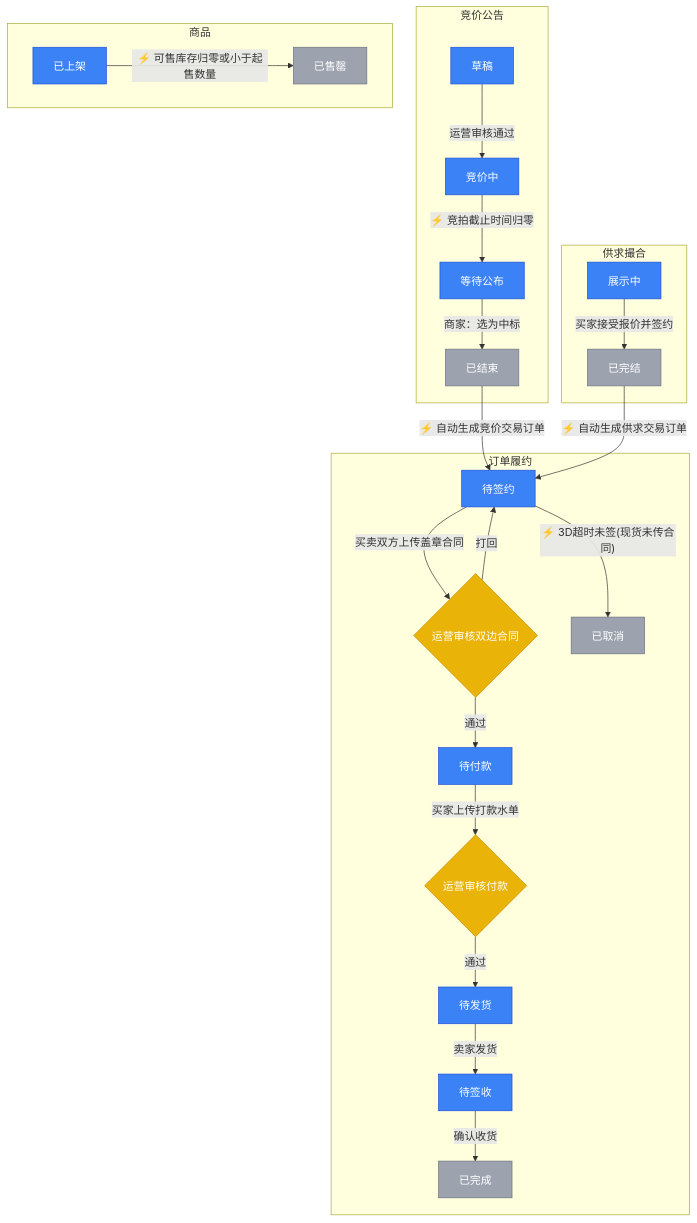
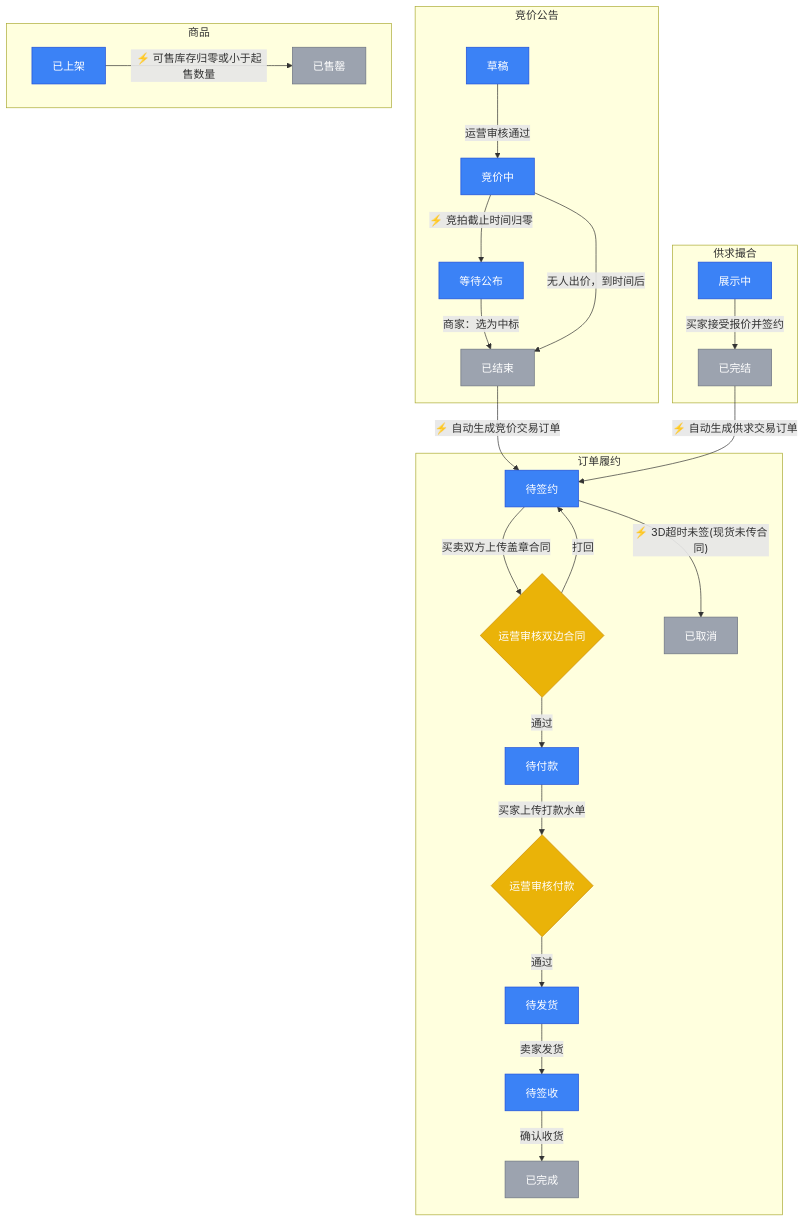
Before and after one commit to barry0-0/sahngliu: the eighth of 8 diagrams in Summary/字段表整理文档_完整版.md, drawn with Mermaid. The commit also changed other lines of this file and 2 other files, not shown here.

````diff
--- a/Summary/字段表整理文档_完整版.md
+++ b/Summary/字段表整理文档_完整版.md
@@ -1284,50 +1284,51 @@
 ```mermaid
 flowchart TB
     subgraph sub46 ["竞价公告"]
         A1["草稿"]
         A2["竞价中"]
         A3["等待公布"]
         A4["已结束"]
     end
     subgraph sub47 ["订单履约"]
         O0["待签约"]
         J1{"运营审核双边合同"}
         O1["待付款"]
         OC["已取消"]
         J2{"运营审核付款"}
         O2["待发货"]
         O3["待签收"]
         O4["已完成"]
     end
     subgraph sub48 ["商品"]
         P1["已上架"]
         P2["已售罄"]
     end
     subgraph sub50 ["供求撮合"]
         D1["展示中"]
         D2["已完结"]
     end
     A1 -->|"运营审核通过"| A2
     A2 -->|"⚡ 竞拍截止时间归零"| A3
     A3 -->|"商家：选为中标"| A4
     O0 -->|"买卖双方上传盖章合同"| J1
     J1 -->|"通过"| O1
     J1 -->|"打回"| O0
     O0 -->|"⚡ 3D超时未签(现货未传合同)"| OC
     O1 -->|"买家上传打款水单"| J2
     J2 -->|"通过"| O2
     O2 -->|"卖家发货"| O3
     O3 -->|"确认收货"| O4
     P1 -->|"⚡ 可售库存归零或小于起售数量"| P2
     D1 -->|"买家接受报价并签约"| D2
     A4 -->|"⚡ 自动生成竞价交易订单"| O0
     D2 -->|"⚡ 自动生成供求交易订单"| O0
+    A2 -->|"无人出价，到时间后"| A4
     classDef state fill:#3b82f6,stroke:#1d4ed8,color:#fff;
     classDef btn fill:#22c55e,stroke:#16a34a,color:#fff;
     classDef judge fill:#eab308,stroke:#ca8a04,color:#fff;
     classDef endState fill:#9ca3af,stroke:#6b7280,color:#fff;
     class A1,A2,A3,O0,O1,O2,O3,P1,D1 state
     class J1,J2 judge
     class A4,OC,O4,P2,D2 endState
-    %% mermaid-flow:pos A1=145,107 A2=145,201 A3=145,345 A4=145,439 O0=310,583 J1=310,691 O1=310,799 OC=394,907 J2=181,907 O2=181,1015 O3=181,1109 O4=181,1203 P1=323,107 P2=323,201 D1=399,345 D2=399,439
+    %% mermaid-flow:pos A1=145,107 A2=145,201 A3=145,345 A4=145,439 O0=310,583 J1=310,691 O1=310,799 OC=394,907 J2=181,907 O2=181,1015 O3=181,1109 O4=181,1203 P1=323,107 P2=323,201 D1=403,345 D2=399,439
 ```
````
